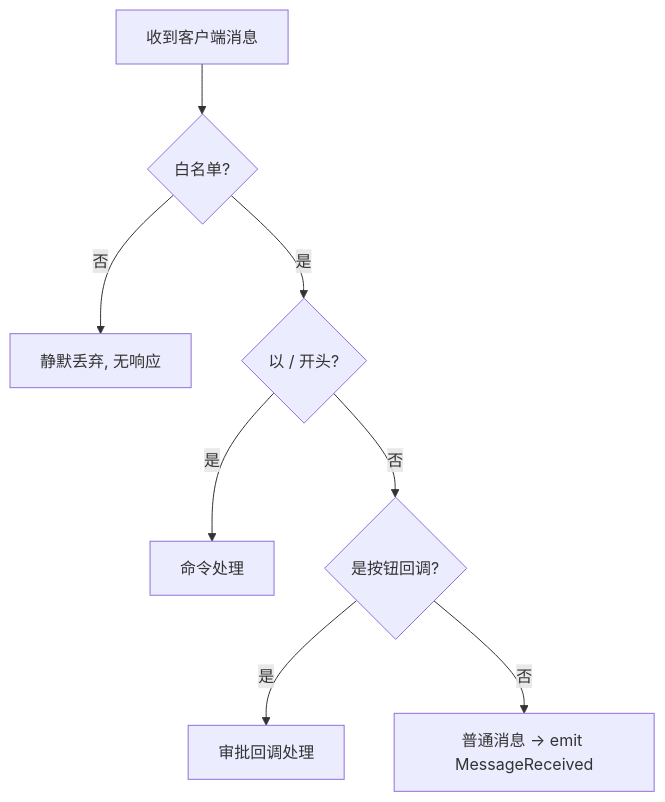
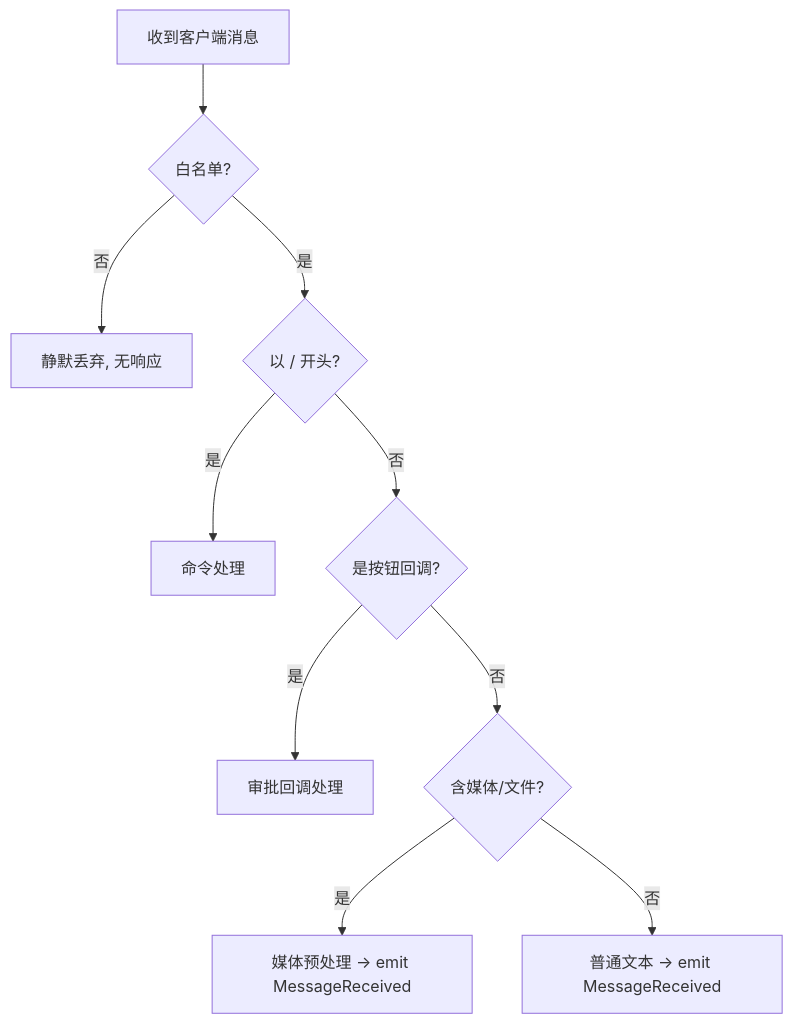
Before and after one commit to ygq-future/ai-cli-hub: the diagram in docs/07-Command-UX.md, drawn with Mermaid. The commit also changed other lines of this file and 9 other files, not shown here.

````diff
--- a/docs/07-Command-UX.md
+++ b/docs/07-Command-UX.md
@@ -10,10 +10,12 @@
 ```mermaid
 flowchart TD
     IN[收到客户端消息] --> WL{白名单?}
     WL -->|否| DROP[静默丢弃, 无响应]
     WL -->|是| KIND{以 / 开头?}
     KIND -->|是| CMD[命令处理]
     KIND -->|否| BTN{是按钮回调?}
     BTN -->|是| CB[审批回调处理]
-    BTN -->|否| TEXT[普通消息 → emit MessageReceived]
+    BTN -->|否| MEDIA{含媒体/文件?}
+    MEDIA -->|是| MP[媒体预处理 → emit MessageReceived]
+    MEDIA -->|否| TEXT[普通文本 → emit MessageReceived]
 ```
````
